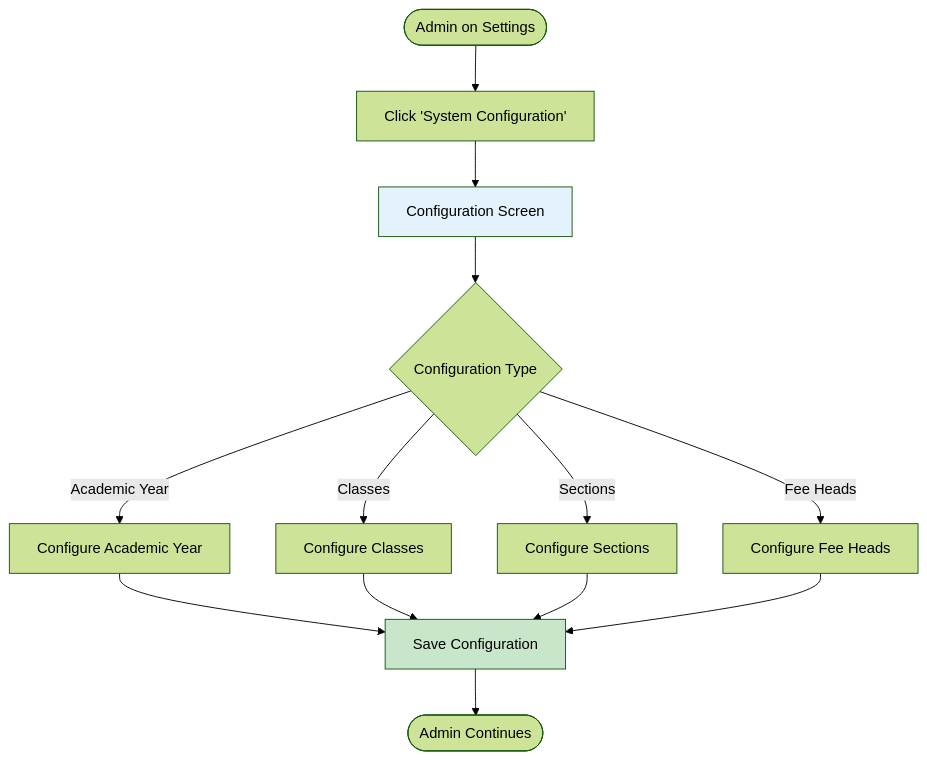
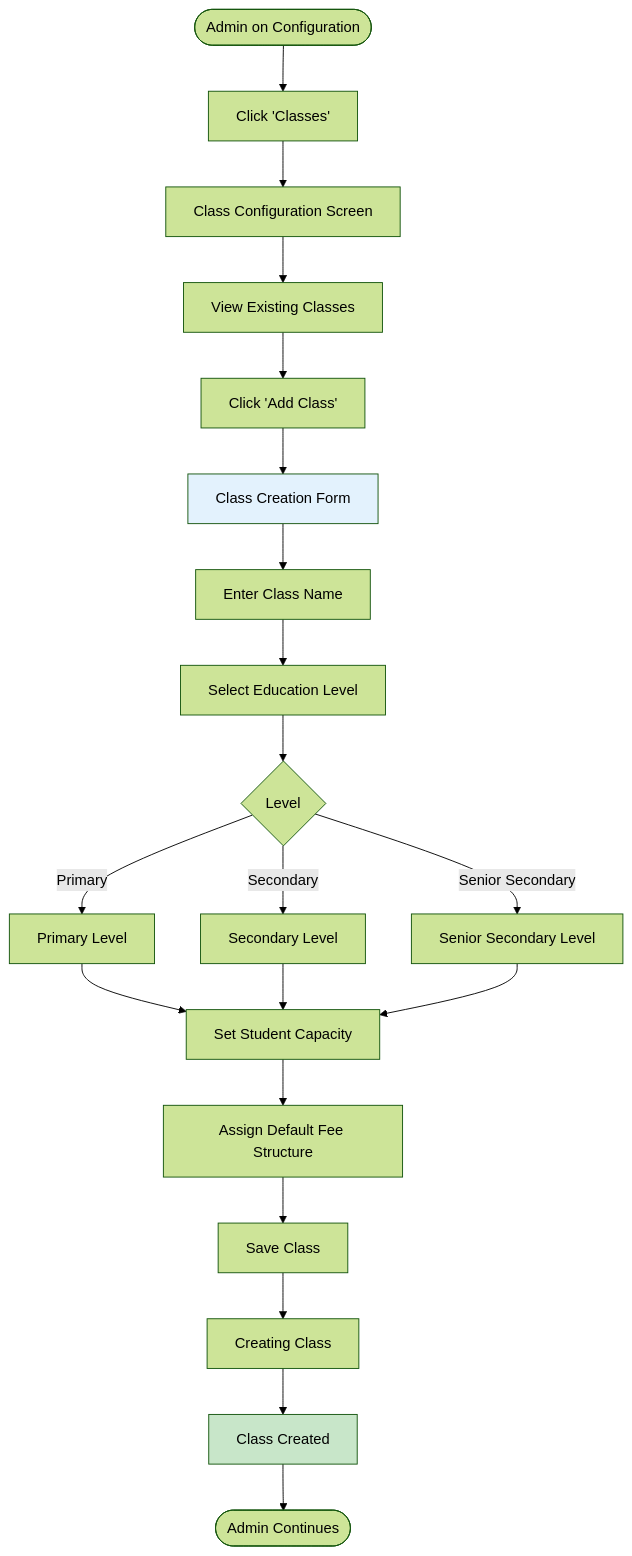
The sixth of 16 diagrams in docs/modules/10-utilities-settings/USER_FLOWS.md (Armaan42/fee_management), drawn with Mermaid (forest theme) before and after one commit. The commit also changed other lines of this file and 2 other files, not shown here.

````diff
--- a/docs/modules/10-utilities-settings/USER_FLOWS.md
+++ b/docs/modules/10-utilities-settings/USER_FLOWS.md
@@ -62,22 +270,33 @@
 ```mermaid
 flowchart TD
-    Start([Admin on Settings]) --> ClickConfig[Click 'System Configuration']
-    ClickConfig --> ConfigScreen[Configuration Screen]
+    Start([Admin on Configuration]) --> ClickClasses[Click 'Classes']
+    ClickClasses --> ClassScreen[Class Configuration Screen]
     
-    ConfigScreen --> ConfigChoice{Configuration Type}
+    ClassScreen --> ViewClasses[View Existing Classes]
+    ViewClasses --> ClickNew[Click 'Add Class']
     
-    ConfigChoice -->|Academic Year| AcademicYear[Configure Academic Year]
-    ConfigChoice -->|Classes| Classes[Configure Classes]
-    ConfigChoice -->|Sections| Sections[Configure Sections]
-    ConfigChoice -->|Fee Heads| FeeHeads[Configure Fee Heads]
+    ClickNew --> ClassForm[Class Creation Form]
+    ClassForm --> EnterClassName[Enter Class Name]
+    EnterClassName --> SelectLevel[Select Education Level]
     
-    AcademicYear --> SaveConfig[Save Configuration]
-    Classes --> SaveConfig
-    Sections --> SaveConfig
-    FeeHeads --> SaveConfig
+    SelectLevel --> LevelChoice{Level}
     
-    SaveConfig --> End([Admin Continues])
+    LevelChoice -->|Primary| PrimaryLevel[Primary Level]
+    LevelChoice -->|Secondary| SecondaryLevel[Secondary Level]
+    LevelChoice -->|Senior Secondary| SeniorLevel[Senior Secondary Level]
     
-    style ConfigScreen fill:#e3f2fd
-    style SaveConfig fill:#c8e6c9
+    PrimaryLevel --> SetCapacity[Set Student Capacity]
+    SecondaryLevel --> SetCapacity
+    SeniorLevel --> SetCapacity
+    
+    SetCapacity --> AssignFees[Assign Default Fee Structure]
+    AssignFees --> SaveClass[Save Class]
+    
+    SaveClass --> ProcessingState[Creating Class]
+    ProcessingState --> ClassCreated[Class Created]
+    
+    ClassCreated --> End([Admin Continues])
+    
+    style ClassForm fill:#e3f2fd
+    style ClassCreated fill:#c8e6c9
 ```
````
